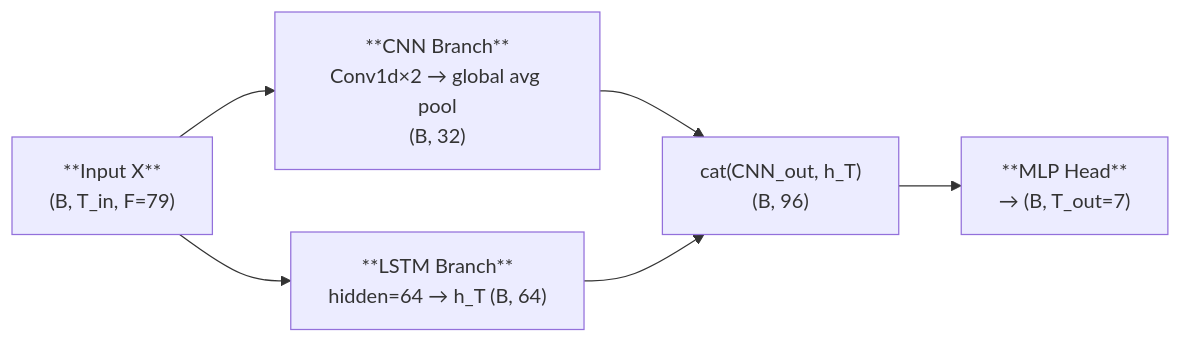
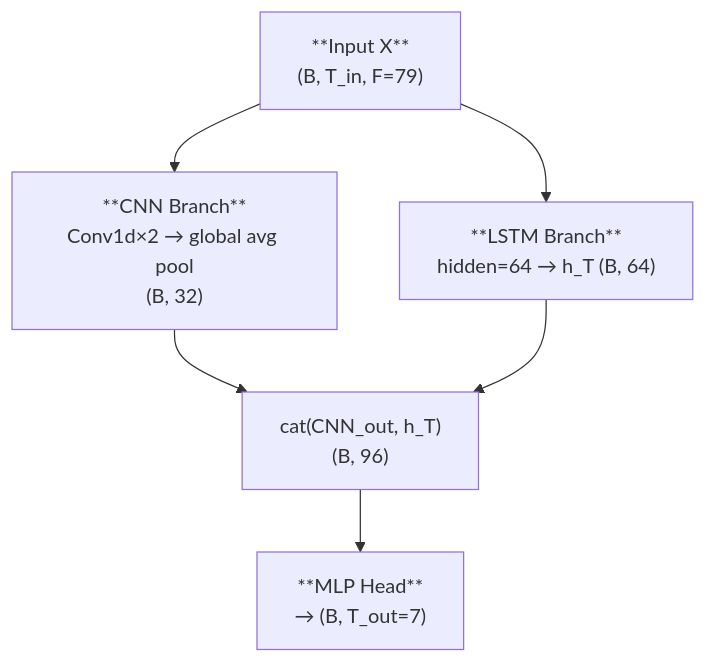
One commit to NightfuryEquinn/Ridership changed the fifth of 17 diagrams in src/models/MODEL.md. Above: the diagram before and after it, drawn with Mermaid. The commit also changed other lines of this file and 24 other files, not shown here.

Commit message:
docs: :memo: Update report, slides and architecture diagrams

````diff
--- a/src/models/MODEL.md
+++ b/src/models/MODEL.md
@@ -240,12 +240,12 @@
 ```mermaid
-flowchart LR
+flowchart TD
     X["**Input X**\n(B, T_in, F=79)"]
     CNN["**CNN Branch**\nConv1d×2 → global avg pool\n(B, 32)"]
     LSTM["**LSTM Branch**\nhidden=64 → h_T (B, 64)"]
     CAT["cat(CNN_out, h_T)\n(B, 96)"]
     MLP["**MLP Head**\n→ (B, T_out=7)"]
 
     X --> CNN
     X --> LSTM
     CNN & LSTM --> CAT --> MLP
 ```
````
